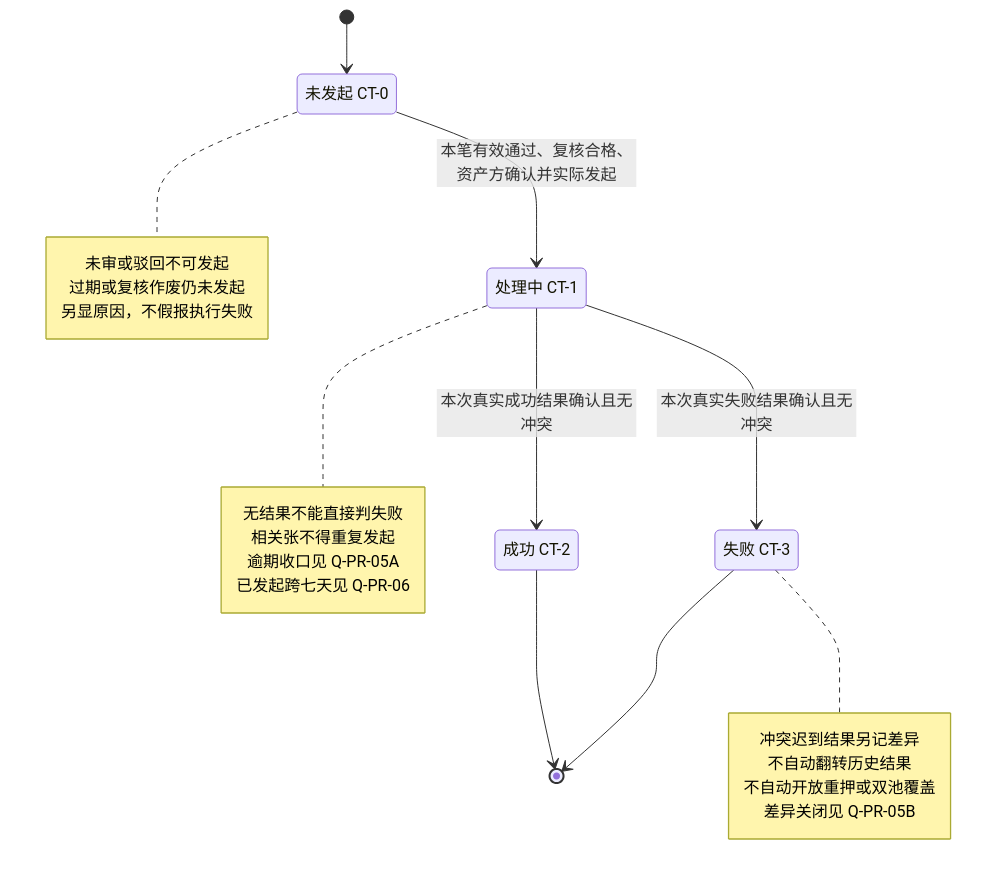
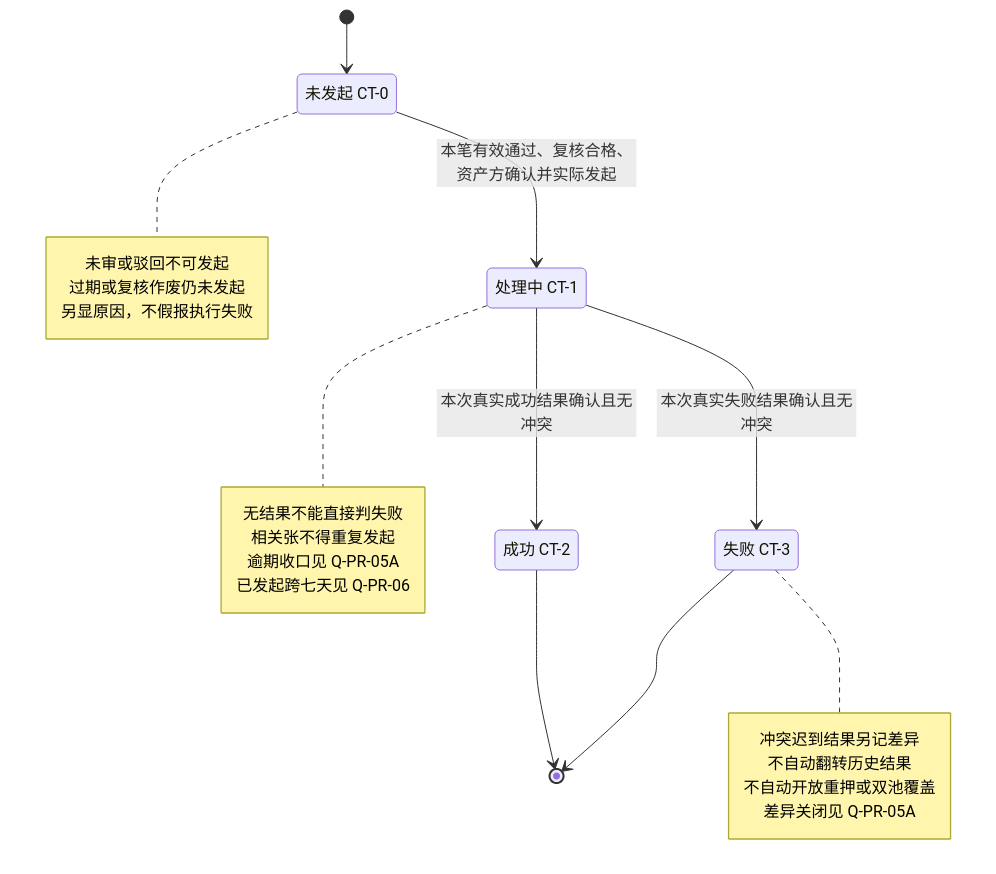
The fifth of 5 diagrams in lending-platform/PRD/v1.0-代币质押审核/v1.0-代币质押审核-流程图与状态机.md (wxblockchain/Chain-Financing), drawn with Mermaid before and after one commit. The commit also changed other lines of this file and 5 other files, not shown here.

````diff
--- a/lending-platform/PRD/v1.0-代币质押审核/v1.0-代币质押审核-流程图与状态机.md
+++ b/lending-platform/PRD/v1.0-代币质押审核/v1.0-代币质押审核-流程图与状态机.md
@@ -135,30 +132,30 @@
 ```mermaid
 stateDiagram-v2
   state "未发起 CT-0" as NotStarted
   state "处理中 CT-1" as Processing
   state "成功 CT-2" as Succeeded
   state "失败 CT-3" as Failed
   [*] --> NotStarted
   NotStarted --> Processing: 本笔有效通过、复核合格、资产方确认并实际发起
   Processing --> Succeeded: 本次真实成功结果确认且无冲突
   Processing --> Failed: 本次真实失败结果确认且无冲突
   Succeeded --> [*]
   Failed --> [*]
   note right of NotStarted
     未审或驳回不可发起
     过期或复核作废仍未发起
     另显原因，不假报执行失败
   end note
   note right of Processing
     无结果不能直接判失败
     相关张不得重复发起
     逾期收口见 Q-PR-05A
     已发起跨七天见 Q-PR-06
   end note
   note right of Failed
     冲突迟到结果另记差异
     不自动翻转历史结果
     不自动开放重押或双池覆盖
-    差异关闭见 Q-PR-05B
+    差异关闭见 Q-PR-05A
   end note
 ```
````
